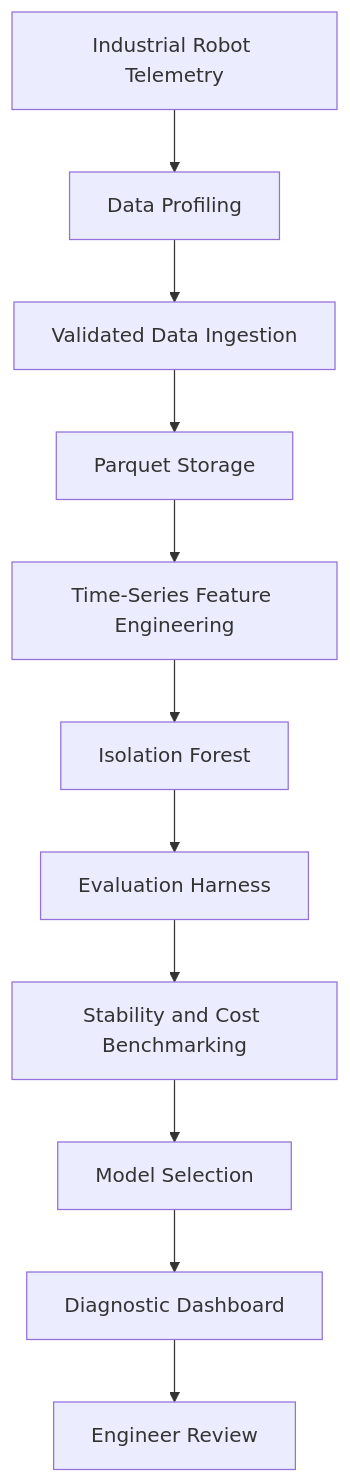
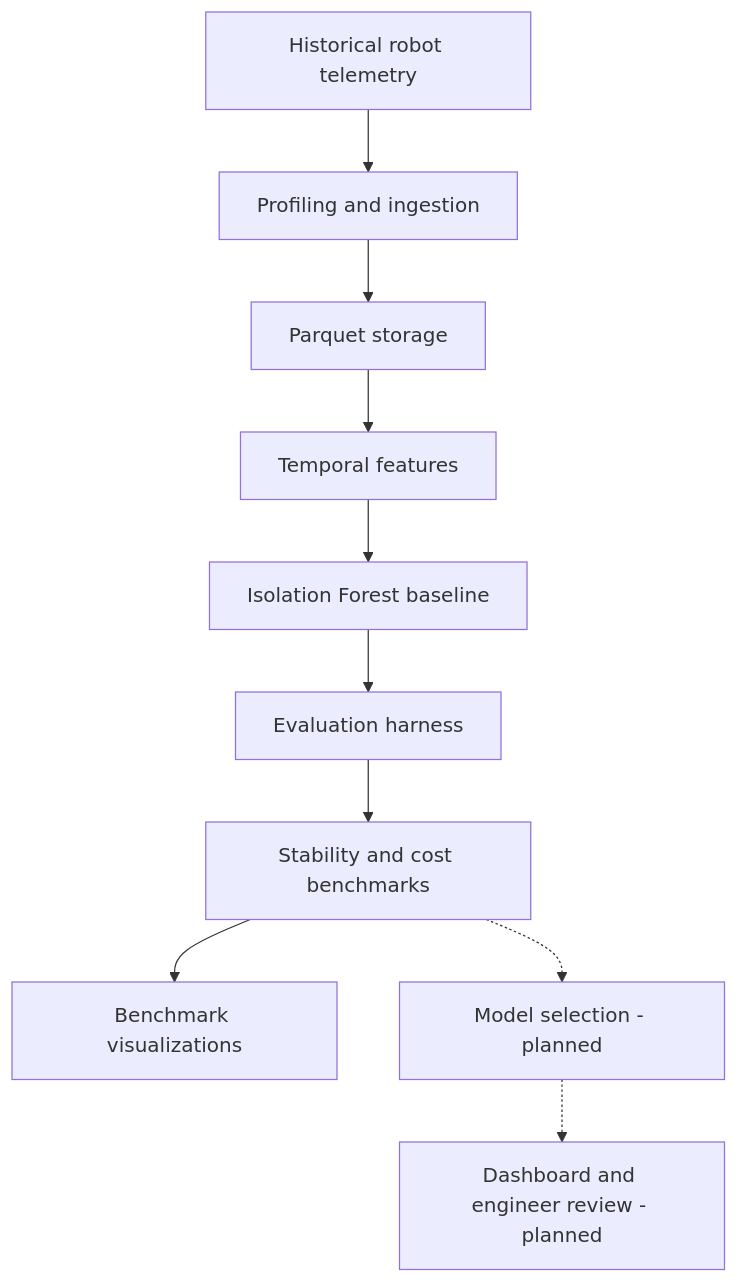
Before and after one commit to AimanManzoor/Roboops-intelligence-lab: the diagram in README.md, drawn with Mermaid. The commit also changed other lines of this file, not shown here.

Commit message:
Reorganize RoboOps README and document validated milestones

````diff
--- a/README.md
+++ b/README.md
@@ -3,13 +23,12 @@
 ```mermaid
 flowchart TD
-    A[Industrial Robot Telemetry] --> B[Data Profiling]
-    B --> C[Validated Data Ingestion]
-    C --> D[Parquet Storage]
-    D --> E[Time-Series Feature Engineering]
-    E --> F[Isolation Forest]
-    F --> G[Evaluation Harness]
-    G --> H[Stability and Cost Benchmarking]
-    H --> I[Model Selection]
-    I --> J[Diagnostic Dashboard]
-    J --> K[Engineer Review]
+    A[Historical robot telemetry] --> B[Profiling and ingestion]
+    B --> C[Parquet storage]
+    C --> D[Temporal features]
+    D --> E[Isolation Forest baseline]
+    E --> F[Evaluation harness]
+    F --> G[Stability and cost benchmarks]
+    G --> H[Benchmark visualizations]
+    G -.-> I[Model selection - planned]
+    I -.-> J[Dashboard and engineer review - planned]
 ```
````
